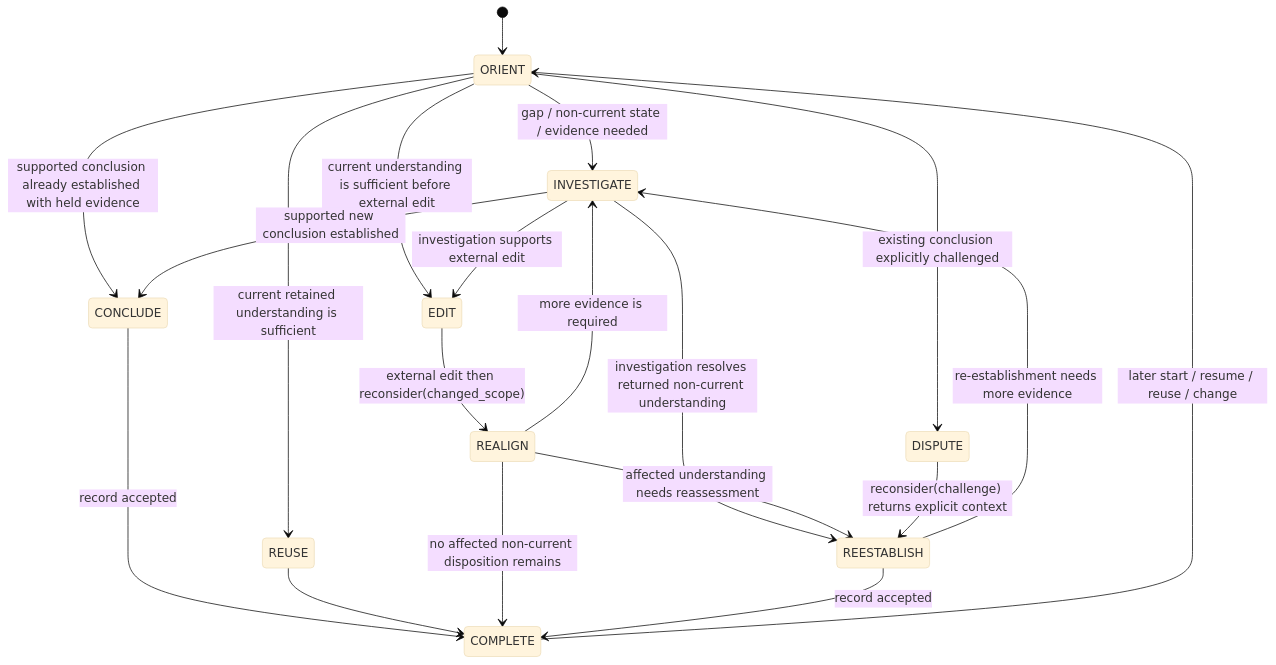
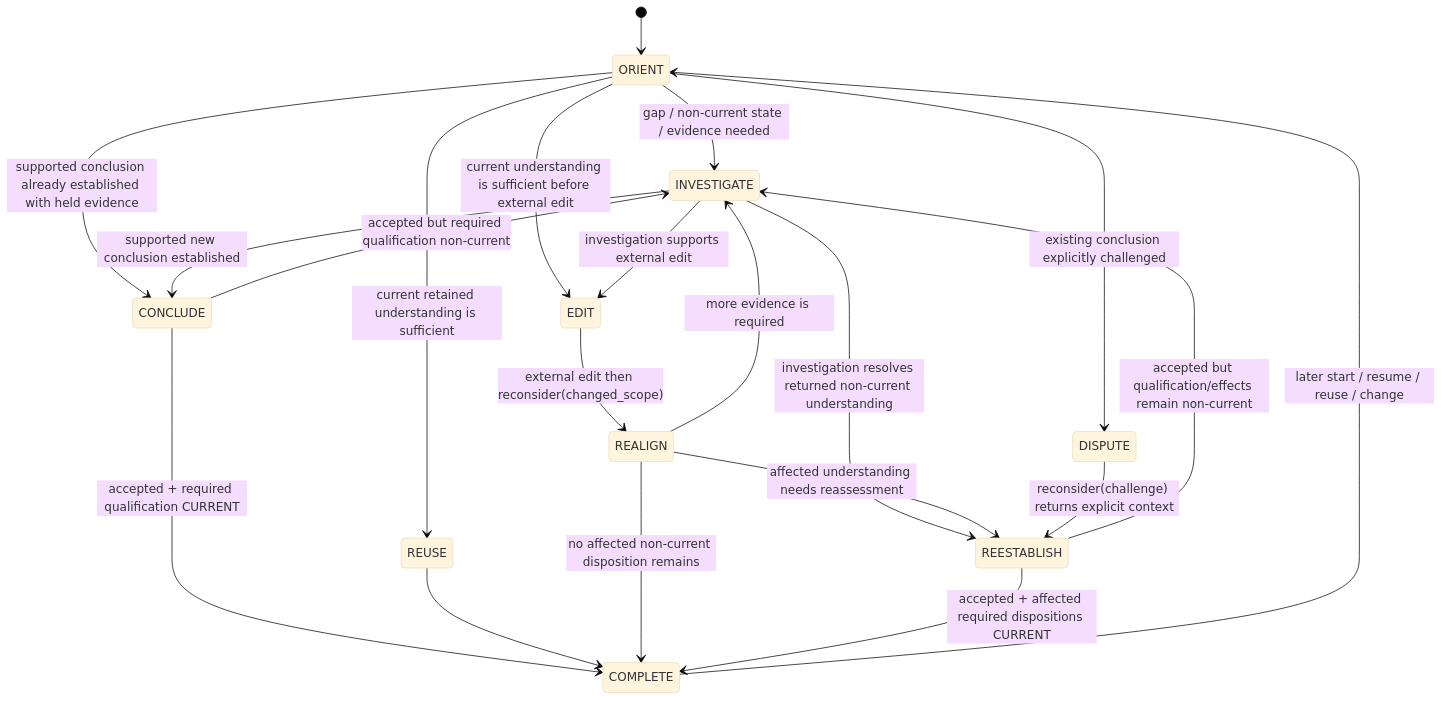
One commit to pontivus-com/span changed the second of 2 diagrams in docs/lifecycle-contract.md. Above: the diagram before and after it, drawn with Mermaid (base theme). The commit also changed other lines of this file, not shown here.

````diff
--- a/docs/lifecycle-contract.md
+++ b/docs/lifecycle-contract.md
@@ -1077,29 +1101,30 @@
 ```mermaid
 stateDiagram-v2
     [*] --> ORIENT
 
     ORIENT --> REUSE: current retained understanding is sufficient
     ORIENT --> INVESTIGATE: gap / non-current state / evidence needed
     ORIENT --> CONCLUDE: supported conclusion already established with held evidence
     ORIENT --> EDIT: current understanding is sufficient before external edit
     ORIENT --> DISPUTE: existing conclusion explicitly challenged
 
     INVESTIGATE --> CONCLUDE: supported new conclusion established
     INVESTIGATE --> REESTABLISH: investigation resolves returned non-current understanding
     INVESTIGATE --> EDIT: investigation supports external edit
 
-    CONCLUDE --> COMPLETE: record accepted
+    CONCLUDE --> COMPLETE: accepted + required qualification CURRENT
+    CONCLUDE --> INVESTIGATE: accepted but required qualification non-current
     REUSE --> COMPLETE
 
     EDIT --> REALIGN: external edit then reconsider(changed_scope)
     REALIGN --> COMPLETE: no affected non-current disposition remains
     REALIGN --> REESTABLISH: affected understanding needs reassessment
     REALIGN --> INVESTIGATE: more evidence is required
 
-    REESTABLISH --> COMPLETE: record accepted
-    REESTABLISH --> INVESTIGATE: re-establishment needs more evidence
+    REESTABLISH --> COMPLETE: accepted + affected required dispositions CURRENT
+    REESTABLISH --> INVESTIGATE: accepted but qualification/effects remain non-current
 
     DISPUTE --> REESTABLISH: reconsider(challenge) returns explicit context
 
     COMPLETE --> ORIENT: later start / resume / reuse / change
 ```
````
